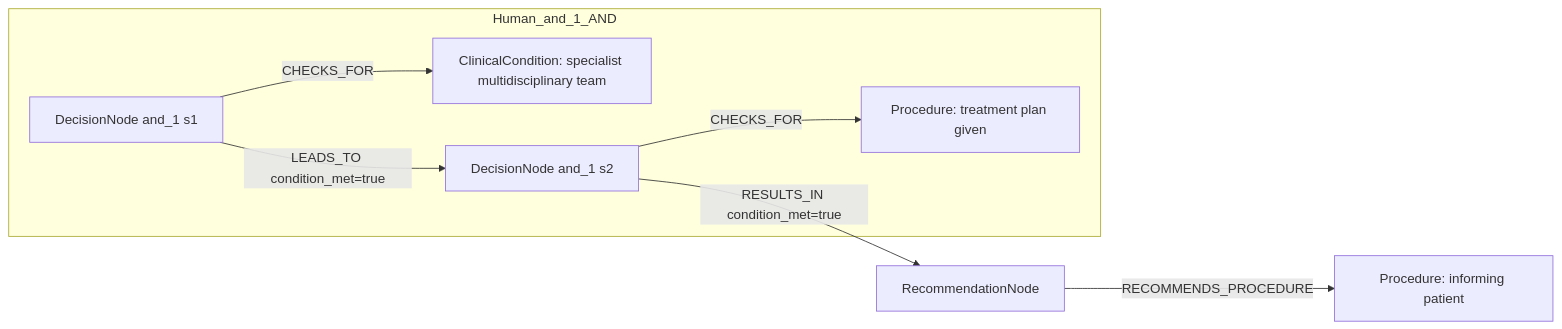
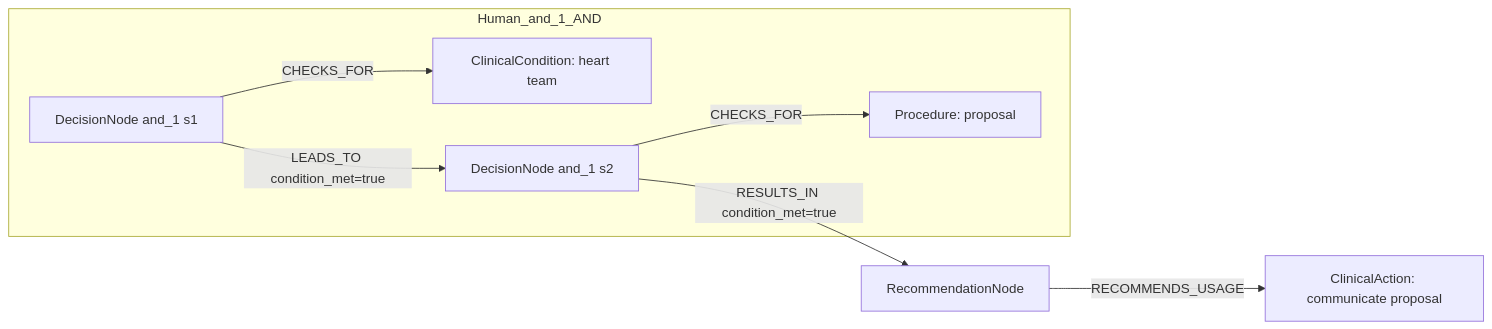
Before and after one commit to dieterich-lab/CardioGuidelinesGraph: the first of 2 diagrams in docs/table22_rows_comparison/row_03.md, drawn with Mermaid. The commit also changed other lines of this file and 20 other files, not shown here.

````diff
--- a/docs/table22_rows_comparison/row_03.md
+++ b/docs/table22_rows_comparison/row_03.md
@@ -132,16 +110,16 @@
 ```mermaid
 graph LR
   REC[RecommendationNode]
-  ACT1[Procedure: informing patient]
-  REC -->|RECOMMENDS_PROCEDURE| ACT1
+  ACT1[ClinicalAction: communicate proposal]
+  REC -->|RECOMMENDS_USAGE| ACT1
   subgraph Human_and_1_AND
     D_and_1_1[DecisionNode and_1 s1]
-    C_and_1_1[ClinicalCondition: specialist multidisciplinary team]
+    C_and_1_1[ClinicalCondition: heart team]
     D_and_1_1 -->|CHECKS_FOR| C_and_1_1
     D_and_1_2[DecisionNode and_1 s2]
-    C_and_1_2[Procedure: treatment plan given]
+    C_and_1_2[Procedure: proposal]
     D_and_1_2 -->|CHECKS_FOR| C_and_1_2
     D_and_1_1 -->|LEADS_TO condition_met=true| D_and_1_2
   end
   D_and_1_2 -->|RESULTS_IN condition_met=true| REC
 ```
````
